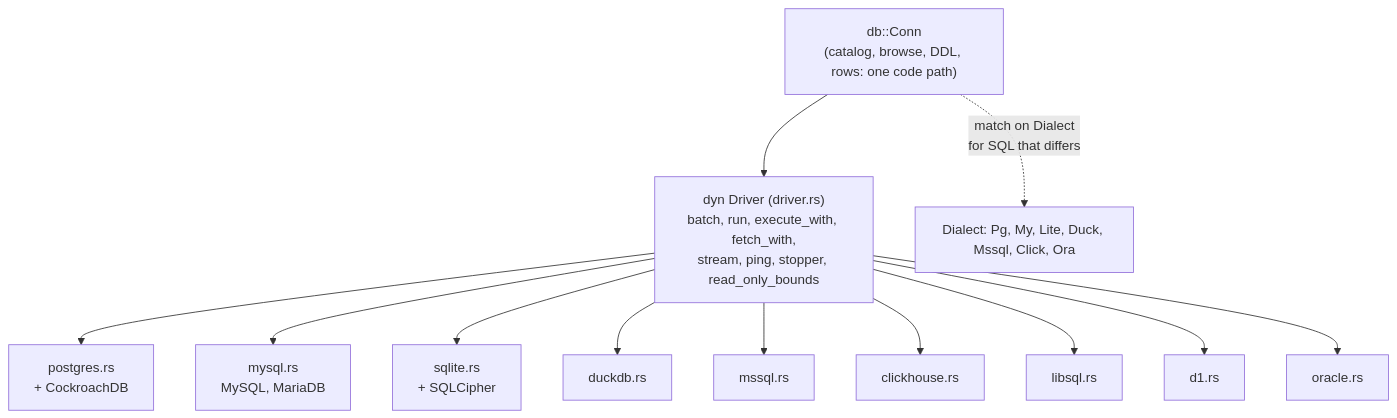
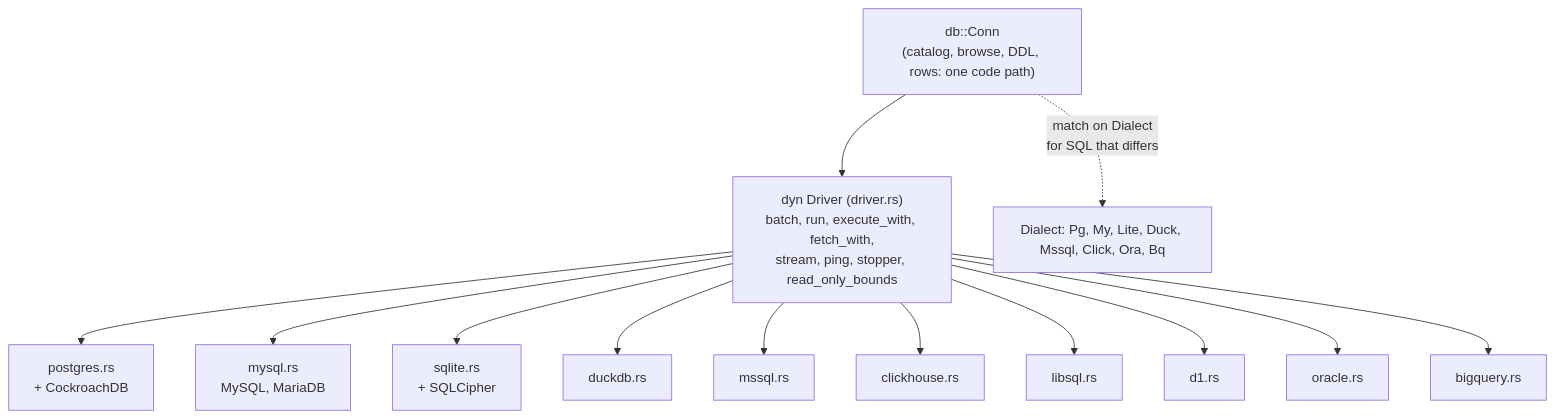
One commit to writeshh/TableMinus changed the second of 2 diagrams in docs/ARCHITECTURE.md. Above: the diagram before and after it, drawn with Mermaid. The commit also changed 16 other files, not shown here.

First line of the commit message:
feat(mssql): support named instances, routines and sequences

````diff
--- a/docs/ARCHITECTURE.md
+++ b/docs/ARCHITECTURE.md
@@ -47,14 +47,15 @@
 ```mermaid
 flowchart TB
   Conn["db::Conn<br/>(catalog, browse, DDL, rows: one code path)"] --> Driver["dyn Driver (driver.rs)<br/>batch, run, execute_with, fetch_with,<br/>stream, ping, stopper, read_only_bounds"]
-  Conn -. "match on Dialect<br/>for SQL that differs" .-> Dialect["Dialect: Pg, My, Lite, Duck, Mssql, Click, Ora"]
+  Conn -. "match on Dialect<br/>for SQL that differs" .-> Dialect["Dialect: Pg, My, Lite, Duck, Mssql, Click, Ora, Bq"]
   Driver --> PG[postgres.rs<br/>+ CockroachDB]
   Driver --> MY[mysql.rs<br/>MySQL, MariaDB]
   Driver --> LITE[sqlite.rs<br/>+ SQLCipher]
   Driver --> DUCK[duckdb.rs]
   Driver --> MS[mssql.rs]
   Driver --> CH[clickhouse.rs]
   Driver --> LIB[libsql.rs]
   Driver --> D1[d1.rs]
   Driver --> ORA[oracle.rs]
+  Driver --> BQ[bigquery.rs]
 ```
````
